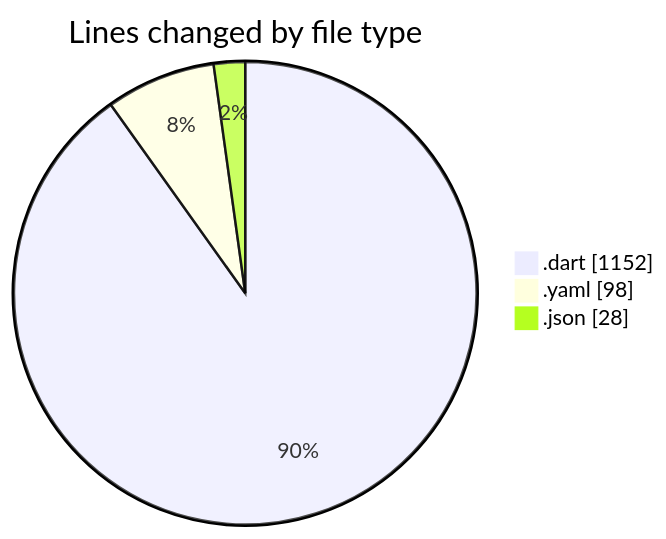
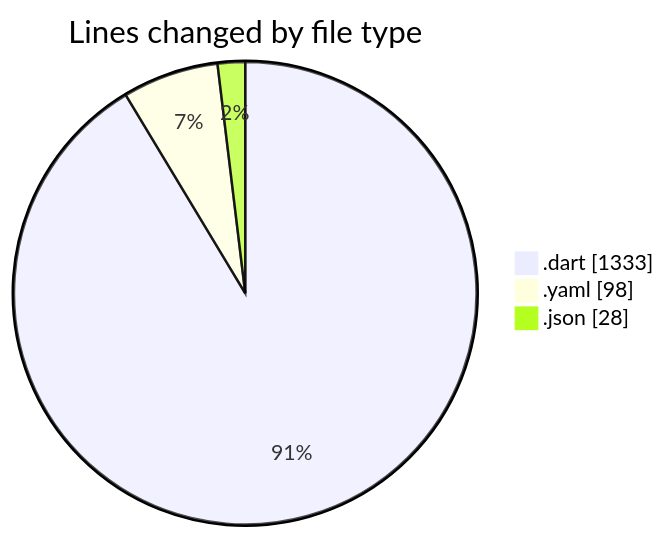
Before and after one commit to donsfak/code-tracking: the first of 2 diagrams in 2025-11-01/weather_insights_app/README.md, drawn with Mermaid. The commit also changed other lines of this file and 1 other file, not shown here.

````diff
--- a/2025-11-01/weather_insights_app/README.md
+++ b/2025-11-01/weather_insights_app/README.md
@@ -28,7 +28,7 @@
 ```mermaid
 pie showData
 title Lines changed by file type
-".dart" : 1152
+".dart" : 1333
 ".yaml" : 98
 ".json" : 28
 ```
````
